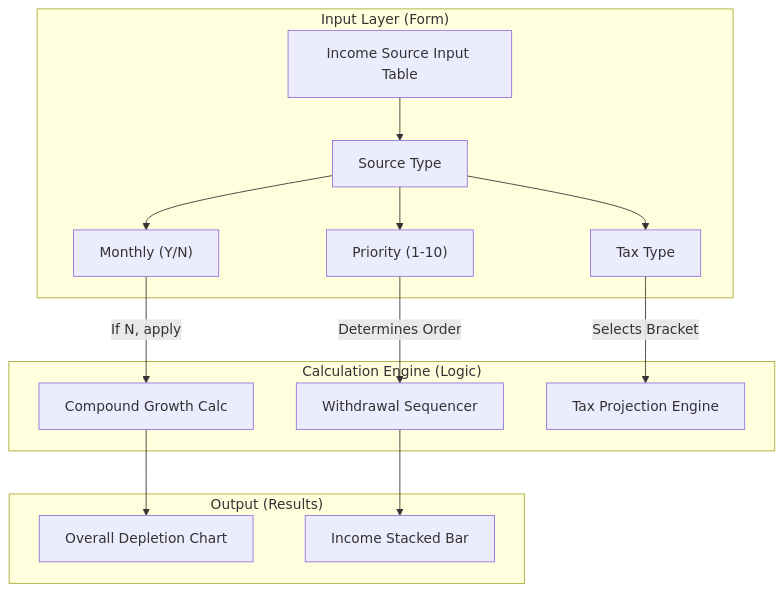
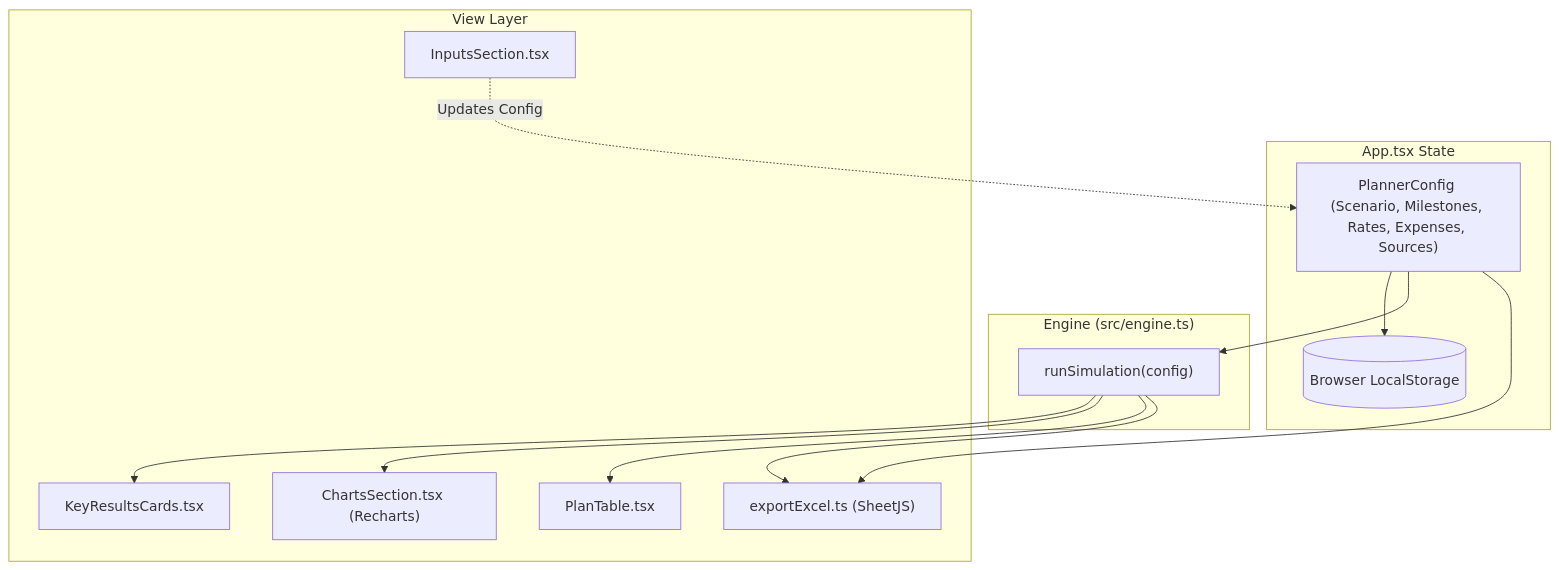
Before and after one commit to angietong/Retirementplannerapp: the diagram in WIKI.md, drawn with Mermaid. The commit also changed other lines of this file, not shown here.

````diff
--- a/WIKI.md
+++ b/WIKI.md
@@ -647,33 +97,28 @@
 ```mermaid
-graph TD
-    subgraph "Input Layer (Form)"
-        IS_INPUT["Income Source Input Table"]
-        TYPE["Source Type"]
-        PRIO["Priority (1-10)"]
-        MON["Monthly (Y/N)"]
-        TAX["Tax Type"]
+flowchart TD
+    subgraph State["App.tsx State"]
+        Config["PlannerConfig (Scenario, Milestones, Rates, Expenses, Sources)"]
+        LocalStorage[("Browser LocalStorage")]
     end
 
-    subgraph "Calculation Engine (Logic)"
-        SEQ["Withdrawal Sequencer"]
-        GROWTH["Compound Growth Calc"]
-        TAX_PROJ["Tax Projection Engine"]
+    subgraph Computation["Engine (src/engine.ts)"]
+        Engine["runSimulation(config)"]
     end
 
-    IS_INPUT --> TYPE
-    TYPE --> PRIO
-    TYPE --> MON
-    TYPE --> TAX
-
-    PRIO -->|"Determines Order"| SEQ
-    MON -->|"If N, apply"| GROWTH
-    TAX -->|"Selects Bracket"| TAX_PROJ
-    
-    subgraph "Output (Results)"
-        DEP_CHART["Overall Depletion Chart"]
-        INC_STACK["Income Stacked Bar"]
+    subgraph Output["View Layer"]
+        KPI["KeyResultsCards.tsx"]
+        Charts["ChartsSection.tsx (Recharts)"]
+        Table["PlanTable.tsx"]
+        Editor["InputsSection.tsx"]
+        Excel["exportExcel.ts (SheetJS)"]
     end
 
-    GROWTH --> DEP_CHART
-    SEQ --> INC_STACK
+    Config --> LocalStorage
+    Config --> Engine
+    Engine --> KPI
+    Engine --> Charts
+    Engine --> Table
+    Editor -.->|"Updates Config"| Config
+    Config --> Excel
+    Engine --> Excel
 ```
````
